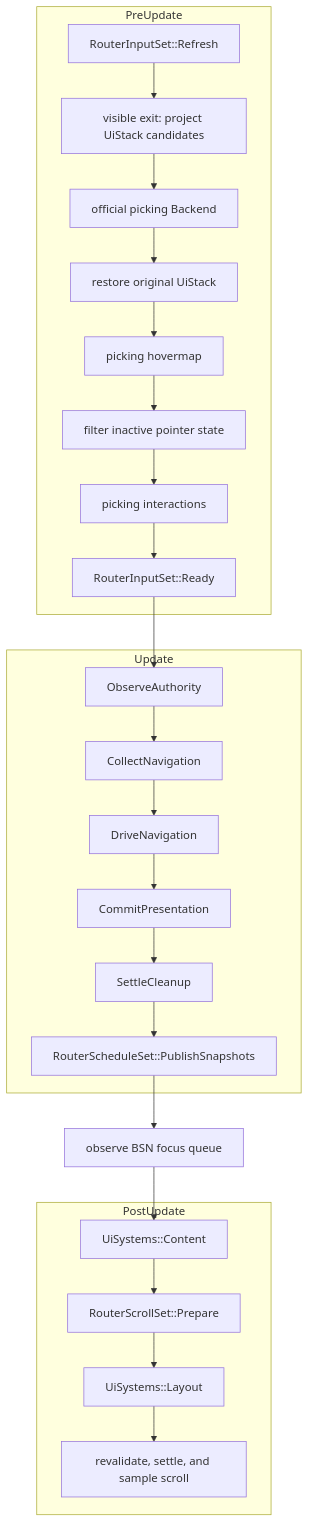
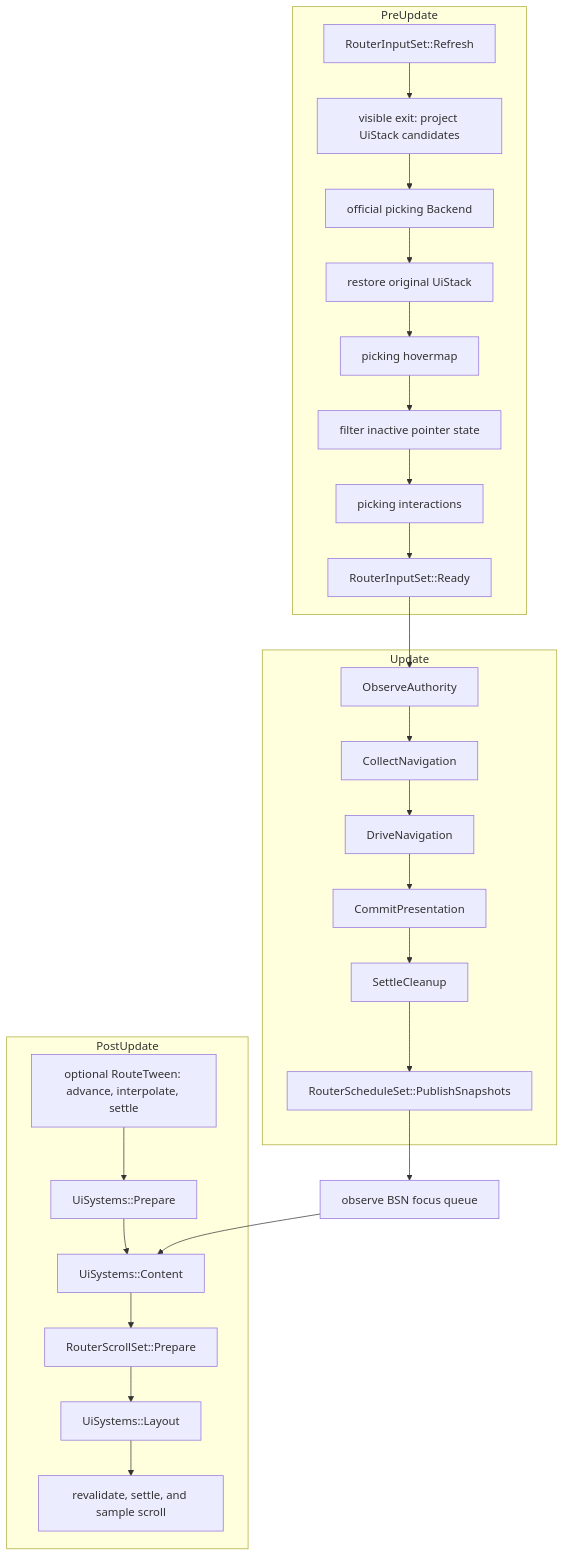
One commit to shengyusi-SYS/bevy_ui_router changed the third of 3 diagrams in docs/architecture/runtime.en.md. Above: the diagram before and after it, drawn with Mermaid. The commit also changed other lines of this file and 25 other files, not shown here.

````diff
--- a/docs/architecture/runtime.en.md
+++ b/docs/architecture/runtime.en.md
@@ -89,27 +98,29 @@
 ```mermaid
 flowchart TB
     subgraph PreUpdate
         Refresh["RouterInputSet::Refresh"] --> Candidates["visible exit: project UiStack candidates"]
         Candidates --> Backend["official picking Backend"]
         Backend --> Restore["restore original UiStack"]
         Restore --> HoverMap["picking hovermap"]
         HoverMap --> Filter["filter inactive pointer state"]
         Filter --> Interaction["picking interactions"]
         Interaction --> Ready["RouterInputSet::Ready"]
     end
     subgraph Update
         Observe["ObserveAuthority"] --> Collect["CollectNavigation"]
         Collect --> Drive["DriveNavigation"]
         Drive --> Commit["CommitPresentation"]
         Commit --> Cleanup["SettleCleanup"]
         Cleanup --> Publish["RouterScheduleSet::PublishSnapshots"]
     end
     subgraph PostUpdate
+        Tween["optional RouteTween: advance, interpolate, settle"] --> UiPrepare["UiSystems::Prepare"]
+        UiPrepare --> Content
         Content["UiSystems::Content"] --> Prepare["RouterScrollSet::Prepare"]
         Prepare --> Layout["UiSystems::Layout"]
         Layout --> Scroll["revalidate, settle, and sample scroll"]
     end
     Ready --> Observe
     Publish --> Focus["observe BSN focus queue"]
     Focus --> Content
 ```
````
